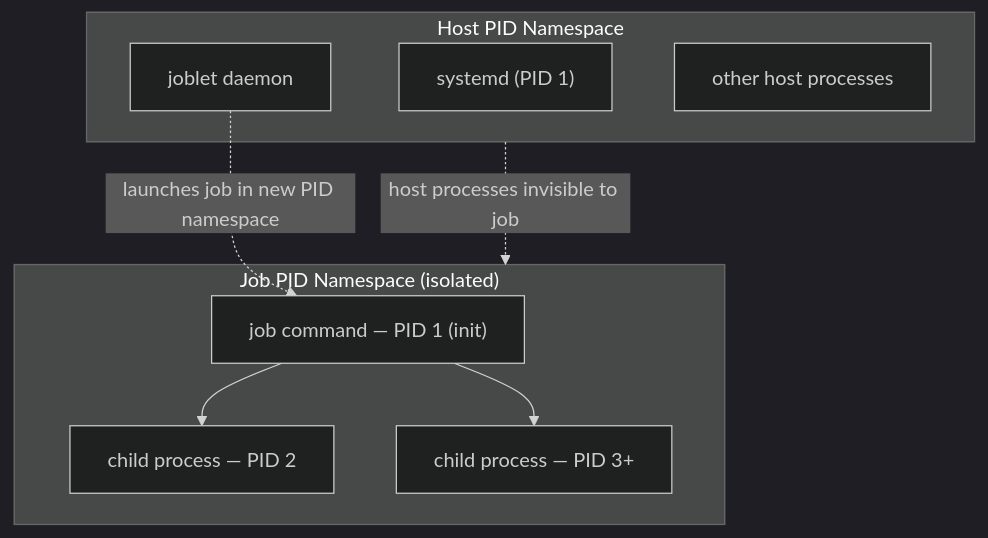
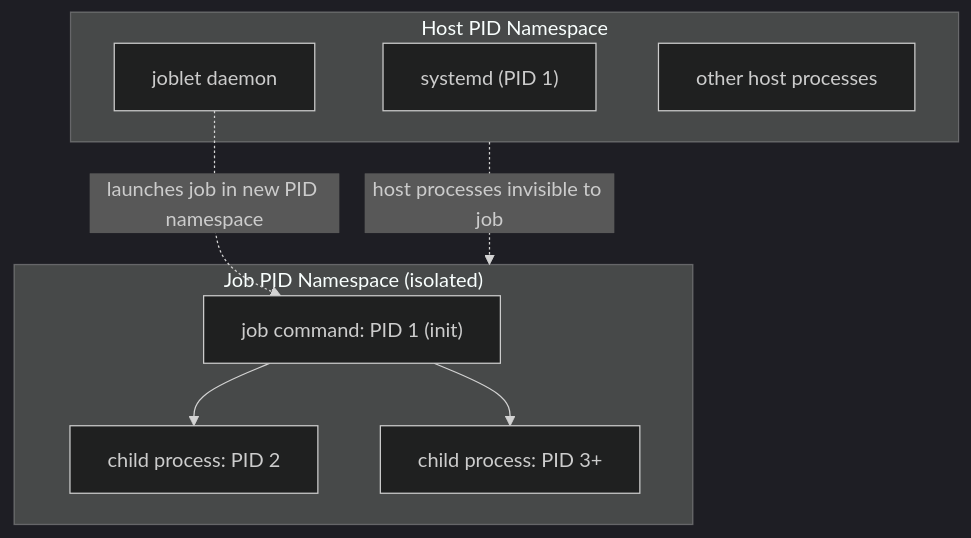
One commit to ehsaniara/joblet changed the diagram in docs/PROCESS_ISOLATION.md. Above: the diagram before and after it, drawn with Mermaid (dark theme). The commit also changed 77 other files, not shown here.

````diff
--- a/docs/PROCESS_ISOLATION.md
+++ b/docs/PROCESS_ISOLATION.md
@@ -23,17 +23,17 @@
 ```mermaid
 flowchart TD
     subgraph host["Host PID Namespace"]
         H1["systemd (PID 1)"]
         H2["joblet daemon"]
         H3["other host processes"]
     end
     subgraph job["Job PID Namespace (isolated)"]
-        J1["job command — PID 1 (init)"]
-        J2["child process — PID 2"]
-        J3["child process — PID 3+"]
+        J1["job command: PID 1 (init)"]
+        J2["child process: PID 2"]
+        J3["child process: PID 3+"]
         J1 --> J2
         J1 --> J3
     end
     H2 -.->|"launches job in new PID namespace"| J1
     host -. "host processes invisible to job" .-> job
 ```
````
